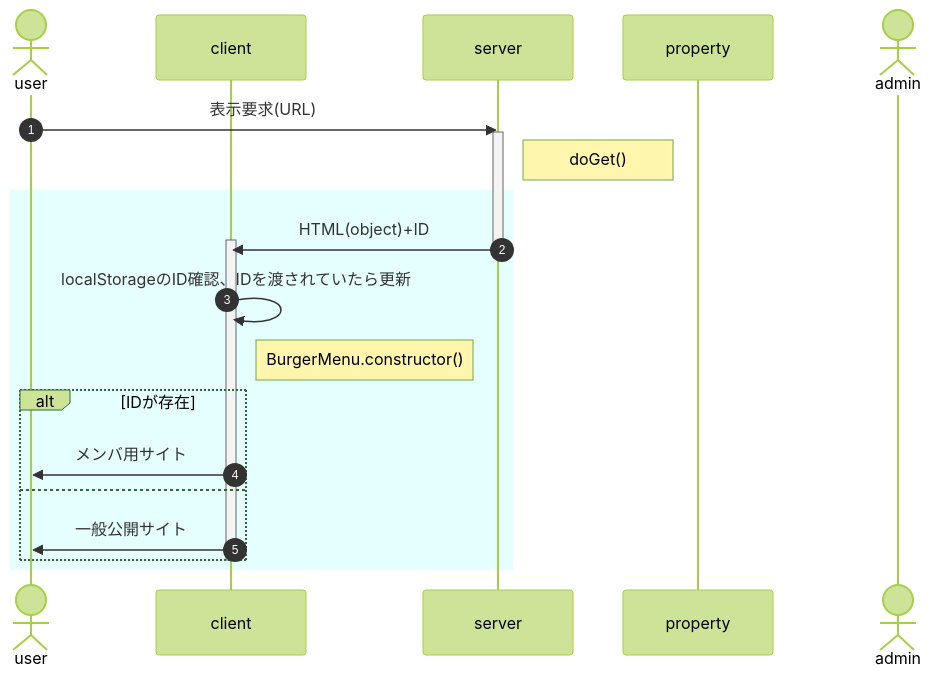
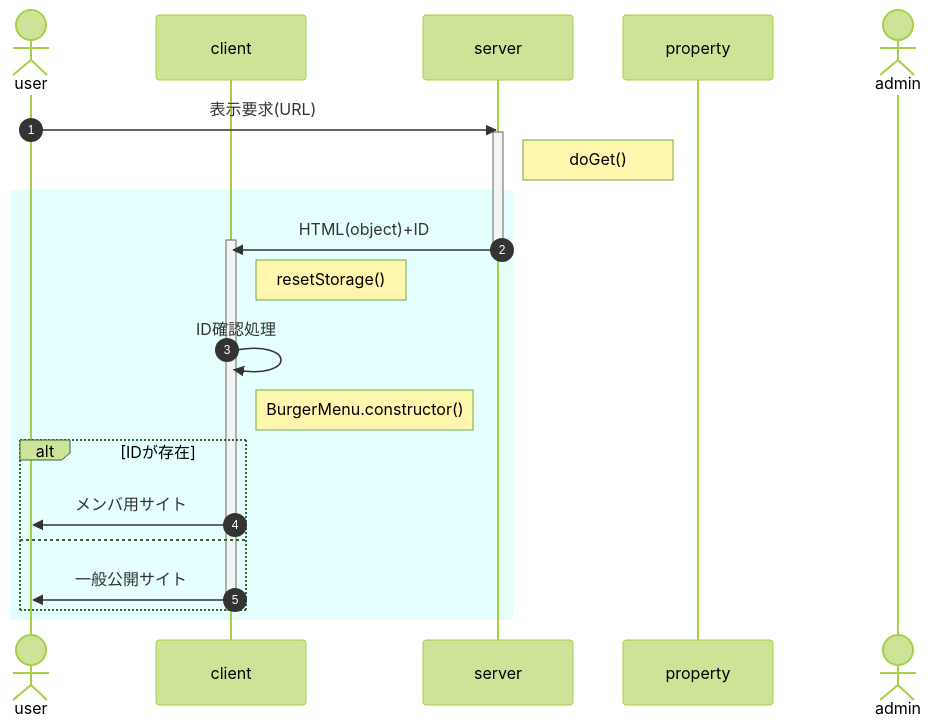
The diagram in Auth/2.0.0/doc/onload.md (nakaone/library), drawn with Mermaid (forest theme) before and after one commit. The commit also changed other lines of this file and 2 other files, not shown here.

````diff
--- a/Auth/2.0.0/doc/onload.md
+++ b/Auth/2.0.0/doc/onload.md
@@ -3,26 +3,27 @@
 ```mermaid
 sequenceDiagram
   autonumber
   actor user
   participant client
   participant server
   participant property
   actor admin
 
   user ->> server : 表示要求(URL)
   activate server
   Note right of server : doGet()
   rect rgba(0, 255, 255, 0.1)
     server ->> client : HTML(object)+ID
     activate client
     deactivate server
-    client ->> client : localStorageのID確認、IDを渡されていたら更新
+    Note right of client : resetStorage()
+    client ->> client : ID確認処理
     Note right of client : BurgerMenu.constructor()
     alt IDが存在
       client ->> user : メンバ用サイト
     else
       client ->> user : 一般公開サイト
     end
     deactivate client
   end
 ```
````
